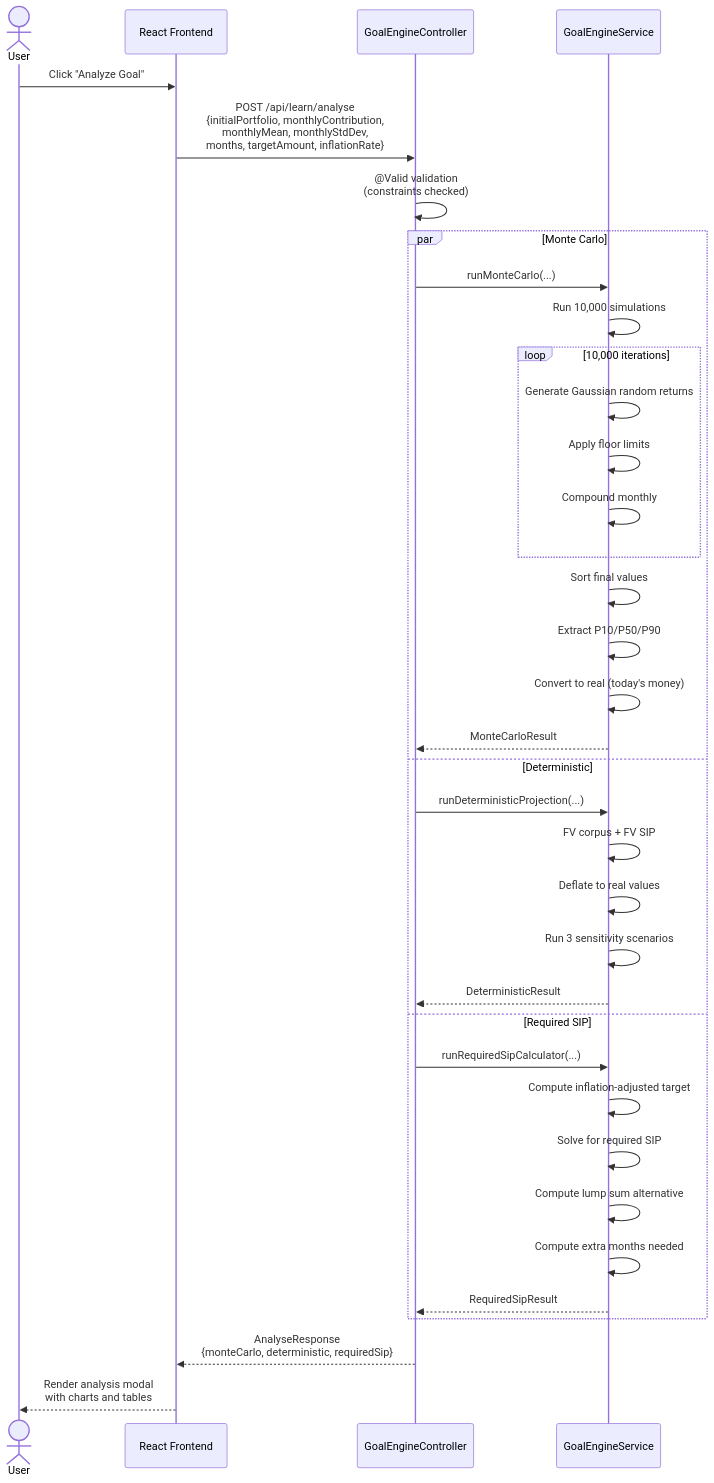
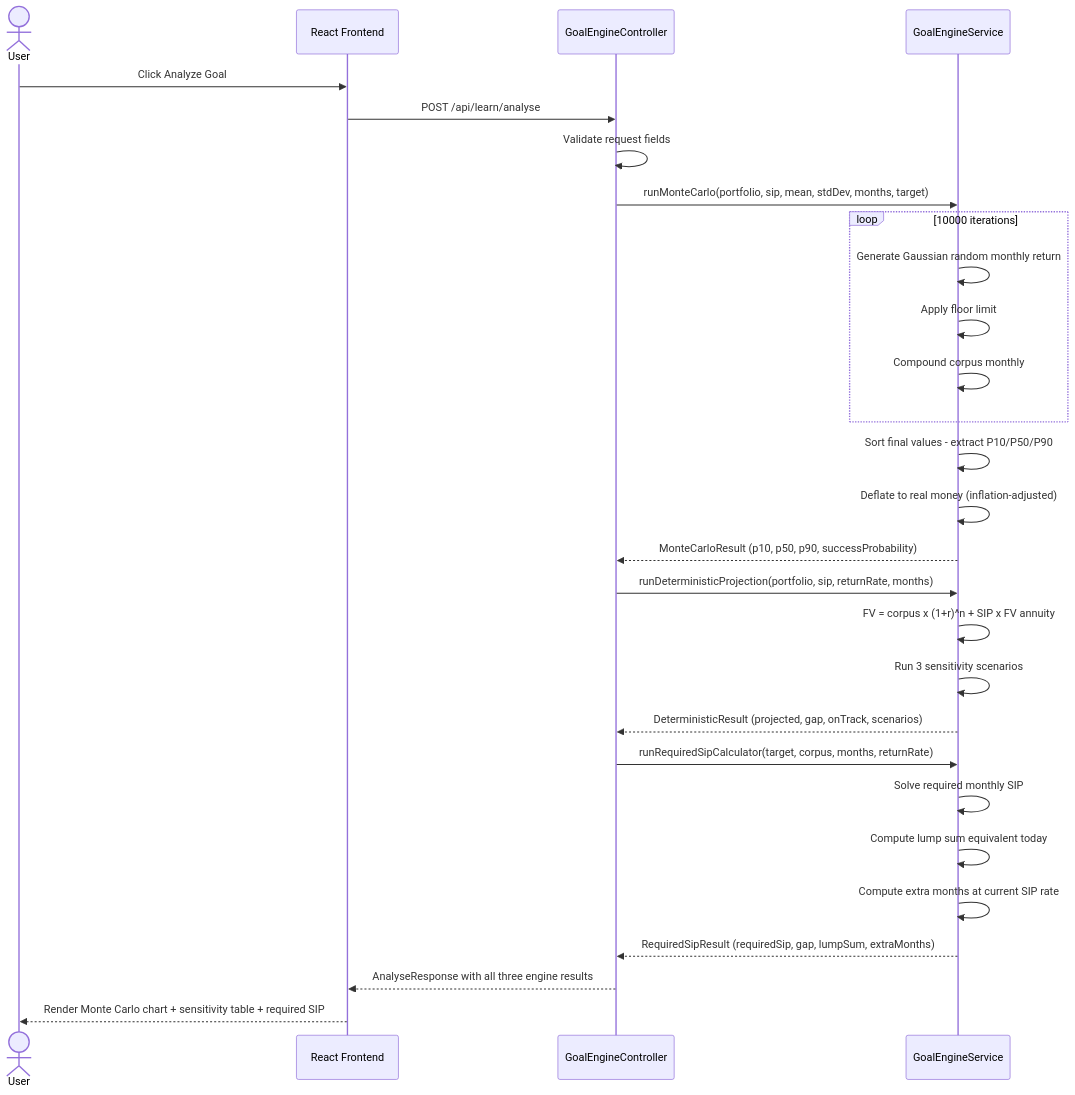
One commit to BhuvanNagesh/VTU_INTERN_2026_TEAM11_JAVA changed the eighth of 11 diagrams in docs/03_System_Design_HLD_LLD.md. Above: the diagram before and after it, drawn with Mermaid. The commit also changed other lines of this file and 4 other files, not shown here.

First line of the commit message:
fix: repair all Mermaid diagrams in docs for proper PDF rendering

````diff
--- a/docs/03_System_Design_HLD_LLD.md
+++ b/docs/03_System_Design_HLD_LLD.md
@@ -470,42 +460,36 @@
 ```mermaid
 sequenceDiagram
     actor User
     participant FE as React Frontend
     participant GEC as GoalEngineController
     participant GES as GoalEngineService
 
-    User->>FE: Click "Analyze Goal"
-    FE->>GEC: POST /api/learn/analyse<br/>{initialPortfolio, monthlyContribution,<br/>monthlyMean, monthlyStdDev,<br/>months, targetAmount, inflationRate}
+    User->>FE: Click Analyze Goal
+    FE->>GEC: POST /api/learn/analyse
 
-    GEC->>GEC: @Valid validation<br/>(constraints checked)
+    GEC->>GEC: Validate request fields
 
-    par Monte Carlo
-        GEC->>GES: runMonteCarlo(...)
-        GES->>GES: Run 10,000 simulations
-        loop 10,000 iterations
-            GES->>GES: Generate Gaussian random returns
-            GES->>GES: Apply floor limits
-            GES->>GES: Compound monthly
-        end
-        GES->>GES: Sort final values
-        GES->>GES: Extract P10/P50/P90
-        GES->>GES: Convert to real (today's money)
-        GES-->>GEC: MonteCarloResult
-    and Deterministic
-        GEC->>GES: runDeterministicProjection(...)
-        GES->>GES: FV corpus + FV SIP
-        GES->>GES: Deflate to real values
-        GES->>GES: Run 3 sensitivity scenarios
-        GES-->>GEC: DeterministicResult
-    and Required SIP
-        GEC->>GES: runRequiredSipCalculator(...)
-        GES->>GES: Compute inflation-adjusted target
-        GES->>GES: Solve for required SIP
-        GES->>GES: Compute lump sum alternative
-        GES->>GES: Compute extra months needed
-        GES-->>GEC: RequiredSipResult
+    GEC->>GES: runMonteCarlo(portfolio, sip, mean, stdDev, months, target)
+    loop 10000 iterations
+        GES->>GES: Generate Gaussian random monthly return
+        GES->>GES: Apply floor limit
+        GES->>GES: Compound corpus monthly
     end
+    GES->>GES: Sort final values - extract P10/P50/P90
+    GES->>GES: Deflate to real money (inflation-adjusted)
+    GES-->>GEC: MonteCarloResult (p10, p50, p90, successProbability)
 
-    GEC-->>FE: AnalyseResponse<br/>{monteCarlo, deterministic, requiredSip}
-    FE-->>User: Render analysis modal<br/>with charts and tables
+    GEC->>GES: runDeterministicProjection(portfolio, sip, returnRate, months)
+    GES->>GES: FV = corpus x (1+r)^n + SIP x FV annuity
+    GES->>GES: Run 3 sensitivity scenarios
+    GES-->>GEC: DeterministicResult (projected, gap, onTrack, scenarios)
+
+    GEC->>GES: runRequiredSipCalculator(target, corpus, months, returnRate)
+    GES->>GES: Solve required monthly SIP
+    GES->>GES: Compute lump sum equivalent today
+    GES->>GES: Compute extra months at current SIP rate
+    GES-->>GEC: RequiredSipResult (requiredSip, gap, lumpSum, extraMonths)
+
+    GEC-->>FE: AnalyseResponse with all three engine results
+    FE-->>User: Render Monte Carlo chart + sensitivity table + required SIP
 ```
````
